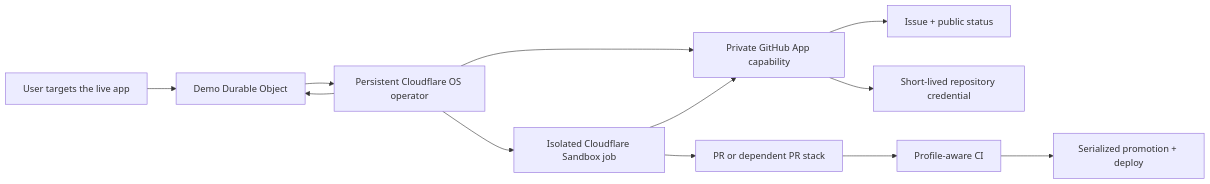
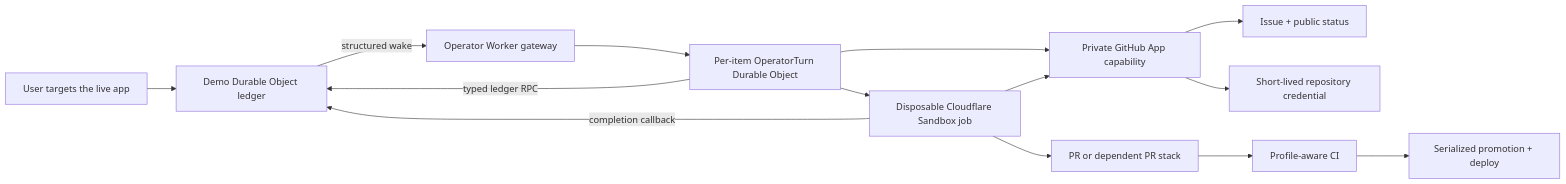
The diagram in docs/architecture.md (callil/autonomous-live-chat), drawn with Mermaid before and after one commit. The commit also changed other lines of this file and 6 other files, not shown here.

First line of the commit message:
Rewrite docs for the pure-Workers operator architecture

````diff
--- a/docs/architecture.md
+++ b/docs/architecture.md
@@ -16,14 +16,16 @@
 ```mermaid
 flowchart LR
-    User["User targets the live app"] --> Room["Demo Durable Object"]
-    Room --> OS["Persistent Cloudflare OS operator"]
-    OS --> GitHub["Private GitHub App capability"]
+    User["User targets the live app"] --> Room["Demo Durable Object ledger"]
+    Room -- "structured wake" --> Gateway["Operator Worker gateway"]
+    Gateway --> Turn["Per-item OperatorTurn Durable Object"]
+    Turn -- "typed ledger RPC" --> Room
+    Turn --> GitHub["Private GitHub App capability"]
     GitHub --> Issue["Issue + public status"]
-    OS --> Runner["Isolated Cloudflare Sandbox job"]
+    Turn --> Runner["Disposable Cloudflare Sandbox job"]
     Runner --> GitHub
     GitHub --> Git["Short-lived repository credential"]
+    Runner -- "completion callback" --> Room
     Runner --> Stack["PR or dependent PR stack"]
     Stack --> CI["Profile-aware CI"]
     CI --> Promote["Serialized promotion + deploy"]
-    OS --> Room
 ```
````
